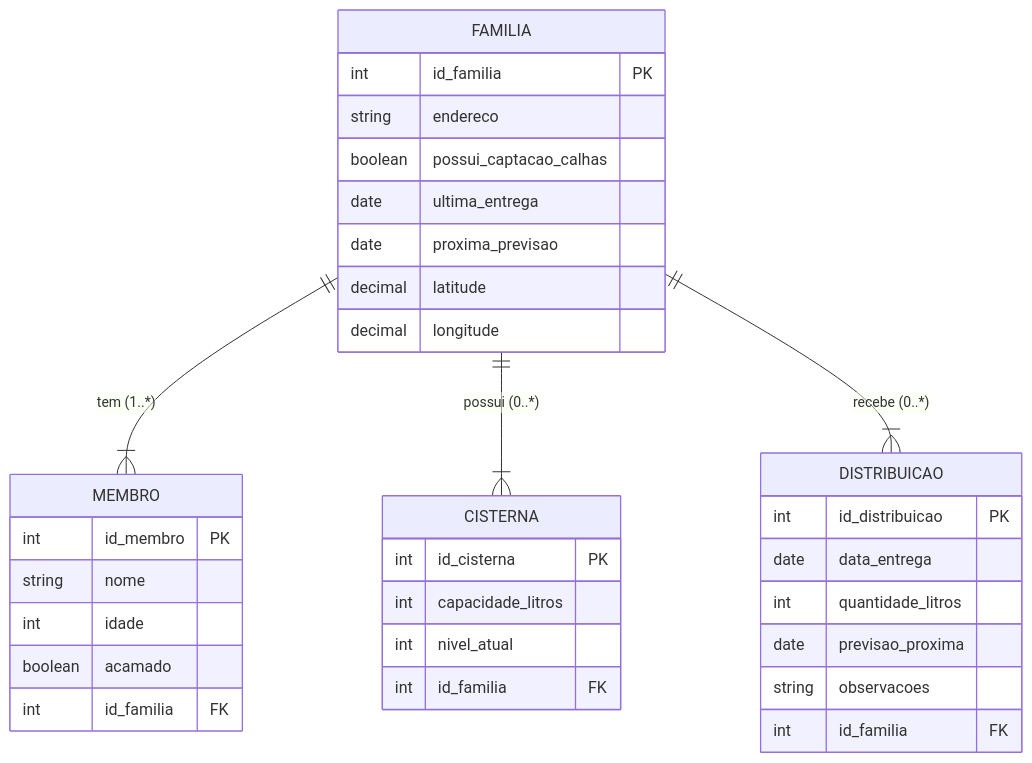
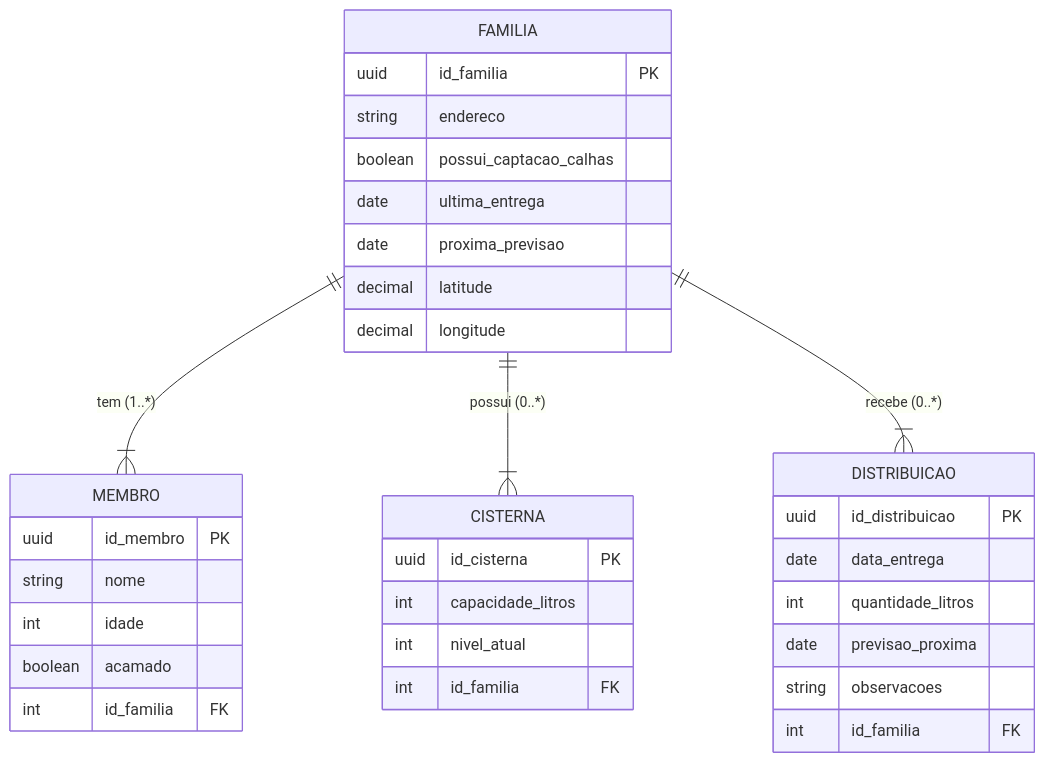
Before and after one commit to ricardoo-azevedo/Projeto-Back-End-Mais-Agua-Para-Nosso-Povo: the diagram in README.md, drawn with Mermaid. The commit also changed other lines of this file, not shown here.

````diff
--- a/README.md
+++ b/README.md
@@ -34,40 +34,40 @@
 ```mermaid
 erDiagram
     FAMILIA {
-        int id_familia PK
+        uuid id_familia PK
         string endereco
         boolean possui_captacao_calhas
         date ultima_entrega
         date proxima_previsao
         decimal latitude
         decimal longitude
     }
 
     MEMBRO {
-        int id_membro PK
+        uuid id_membro PK
         string nome
         int idade
         boolean acamado
         int id_familia FK
     }
 
     CISTERNA {
-        int id_cisterna PK
+        uuid id_cisterna PK
         int capacidade_litros
         int nivel_atual
         int id_familia FK
     }
 
     DISTRIBUICAO {
-        int id_distribuicao PK
+        uuid id_distribuicao PK
         date data_entrega
         int quantidade_litros
         date previsao_proxima
         string observacoes
         int id_familia FK
     }
 
     FAMILIA ||--|{ MEMBRO : "tem (1..*)"
     FAMILIA ||--|{ CISTERNA : "possui (0..*)"
     FAMILIA ||--|{ DISTRIBUICAO : "recebe (0..*)"
 ```
````
